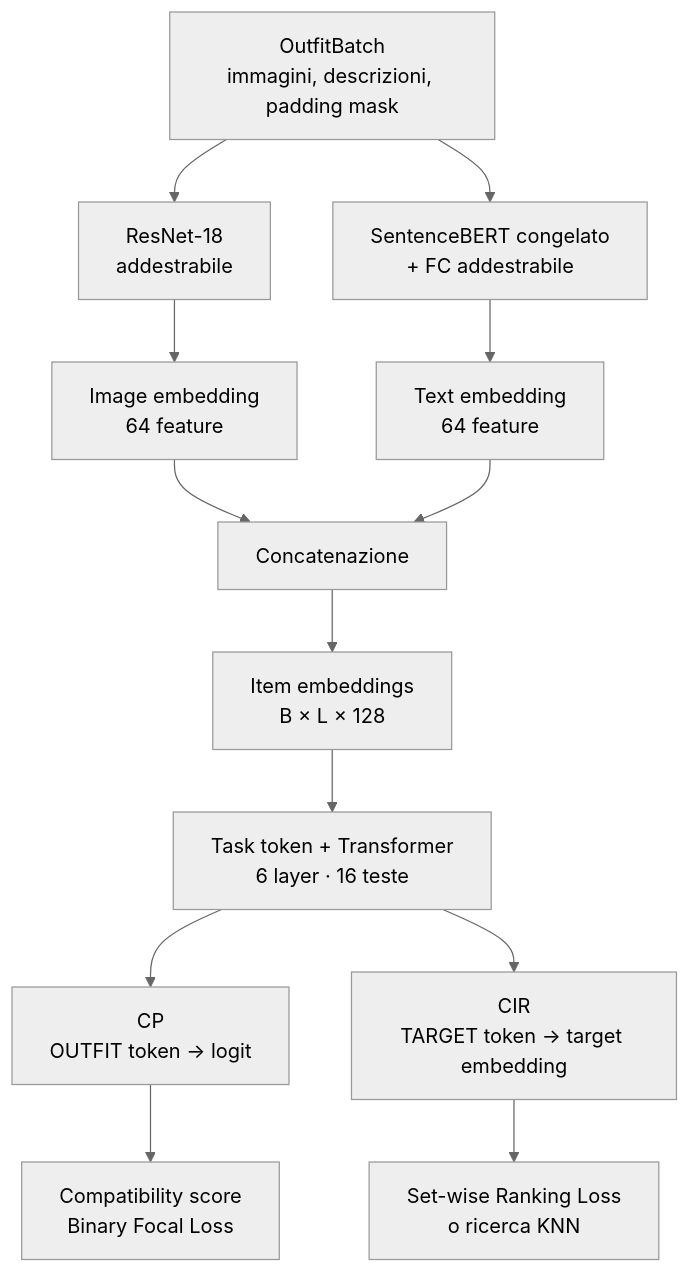
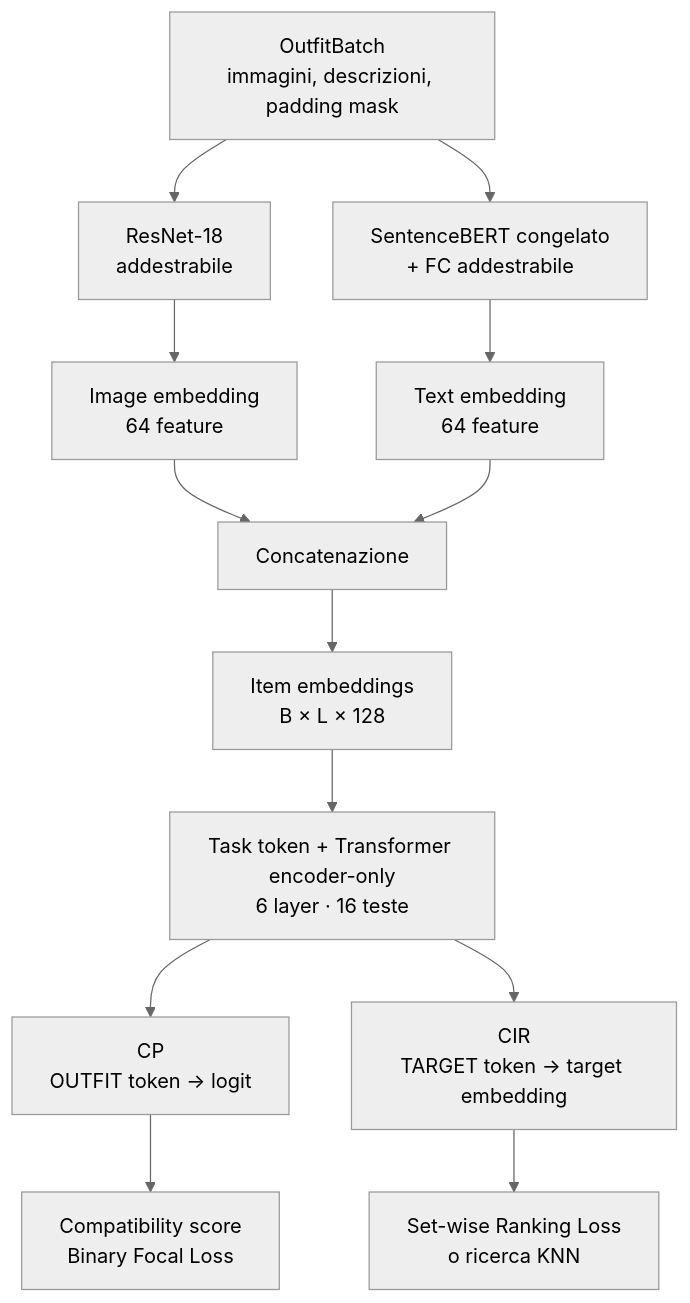
One commit to FlorindoDev/OutfitTransformer changed the diagram in README.md. Above: the diagram before and after it, drawn with Mermaid (neutral theme). The commit also changed other lines of this file and 1 other file, not shown here.

````diff
--- a/README.md
+++ b/README.md
@@ -133,22 +133,22 @@
 ```mermaid
 flowchart TD
     A["OutfitBatch<br/>immagini, descrizioni, padding mask"]
 
     A --> B["ResNet-18<br/>addestrabile"]
     A --> C["SentenceBERT congelato<br/>+ FC addestrabile"]
 
     B --> D["Image embedding<br/>64 feature"]
     C --> E["Text embedding<br/>64 feature"]
 
     D --> F["Concatenazione"]
     E --> F
     F --> G["Item embeddings<br/>B × L × 128"]
 
-    G --> H["Task token + Transformer<br/>6 layer · 16 teste"]
+    G --> H["Task token + Transformer encoder-only<br/>6 layer · 16 teste"]
 
     H --> I["CP<br/>OUTFIT token → logit"]
     I --> J["Compatibility score<br/>Binary Focal Loss"]
 
     H --> K["CIR<br/>TARGET token → target embedding"]
     K --> L["Set-wise Ranking Loss<br/>o ricerca KNN"]
 ```
````
